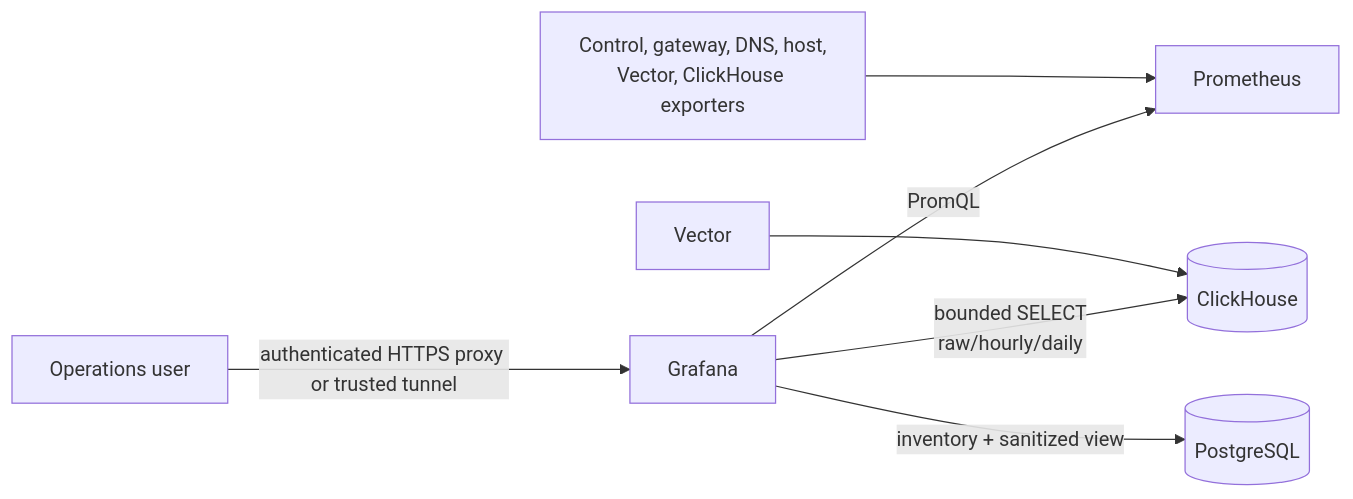
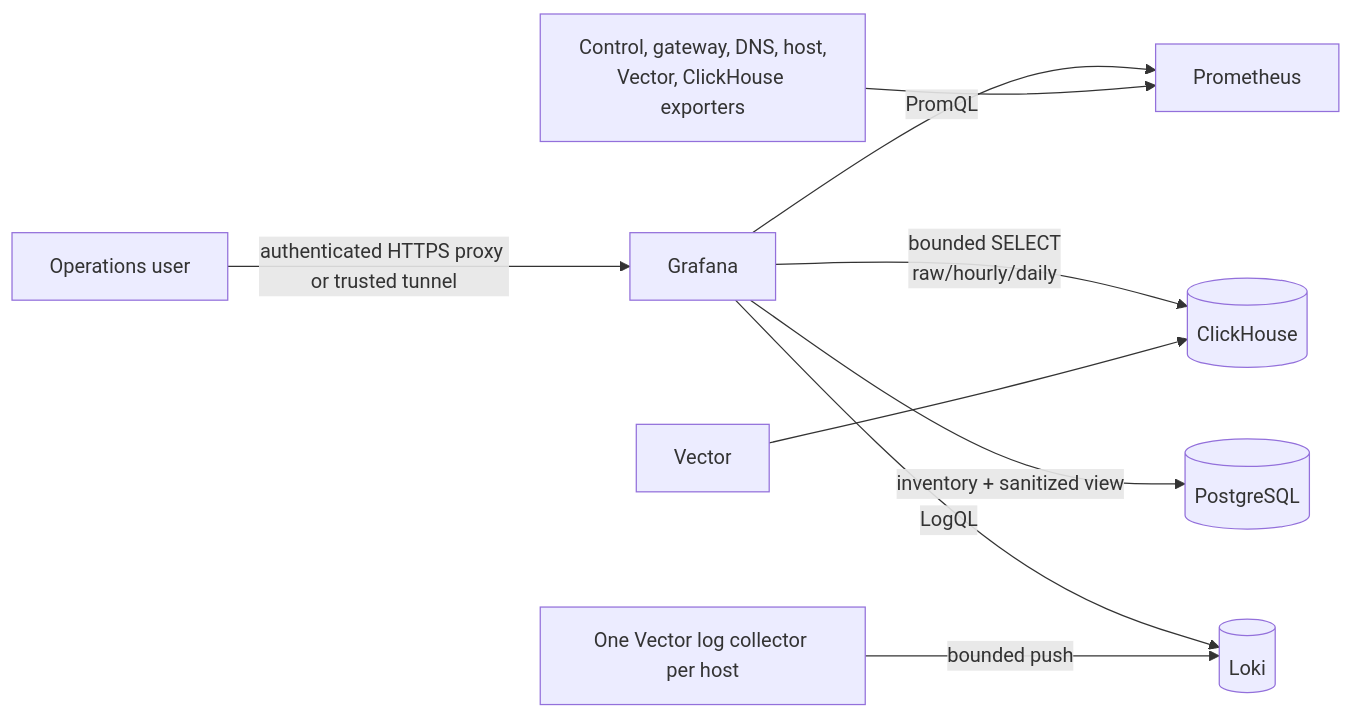
Before and after one commit to vaheed/CDNFoundry: the fifth of 5 diagrams in docs/architecture/data-flows.md, drawn with Mermaid. The commit also changed other lines of this file and 55 other files, not shown here.

````diff
--- a/docs/architecture/data-flows.md
+++ b/docs/architecture/data-flows.md
@@ -163,9 +163,11 @@
 ```mermaid
 flowchart LR
     Operator["Operations user"] -->|"authenticated HTTPS proxy or trusted tunnel"| Grafana["Grafana"]
     Grafana -->|"PromQL"| Prometheus["Prometheus"]
     Grafana -->|"bounded SELECT<br/>raw/hourly/daily"| ClickHouse[("ClickHouse")]
     Grafana -->|"inventory + sanitized view"| PostgreSQL[("PostgreSQL")]
+    Grafana -->|"LogQL"| Loki[("Loki")]
     Vector["Vector"] --> ClickHouse
+    HostCollectors["One Vector log collector per host"] -->|"bounded push"| Loki
     Exporters["Control, gateway, DNS, host,<br/>Vector, ClickHouse exporters"] --> Prometheus
 ```
````
